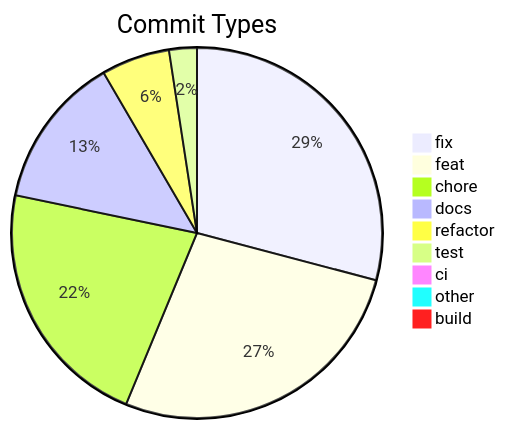
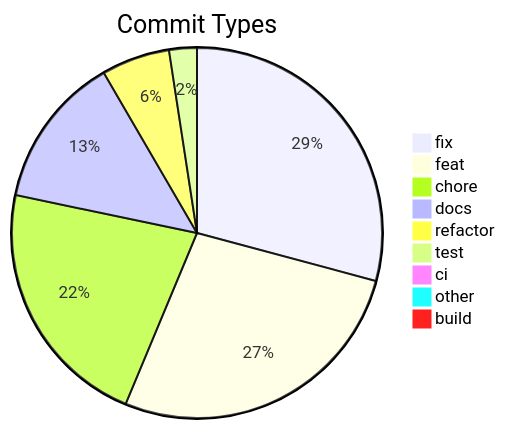
Before and after one commit to svenroth-ai/shipwright: the diagram in .shipwright/compliance/change-history.md, drawn with Mermaid. The commit also changed other lines of this file and 19 other files, not shown here.

````diff
--- a/.shipwright/compliance/change-history.md
+++ b/.shipwright/compliance/change-history.md
@@ -8,12 +8,12 @@
 ```mermaid
 pie title Commit Types
-    "fix" : 312
+    "fix" : 313
     "feat" : 291
     "chore" : 236
     "docs" : 143
     "refactor" : 64
     "test" : 26
     "ci" : 8
     "other" : 7
     "build" : 1
 ```
````
